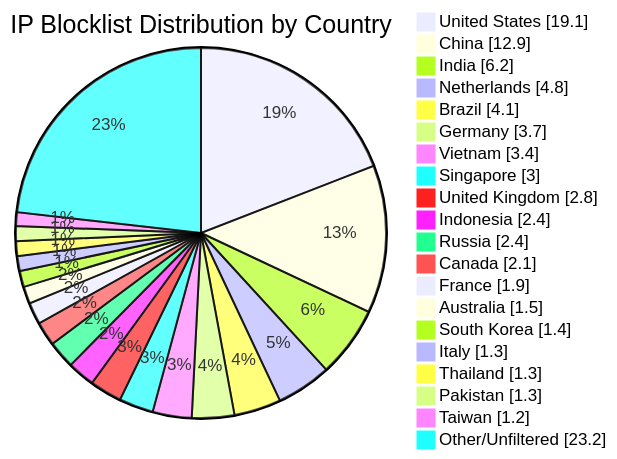
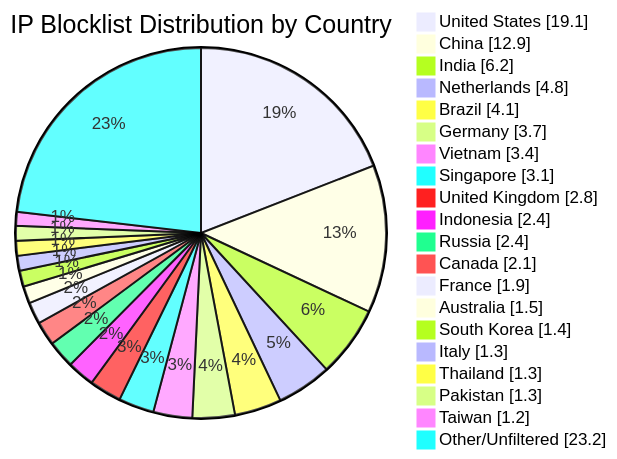
One commit to dewdmadbro/ip-blocklist-dewd changed the diagram in README.md. Above: the diagram before and after it, drawn with Mermaid. The commit also changed other lines of this file and 53 other files, not shown here.

````diff
--- a/README.md
+++ b/README.md
@@ -34,23 +34,23 @@
 ```mermaid
 pie showData title IP Blocklist Distribution by Country
 "United States" : 19.1
 "China" : 12.9
 "India" : 6.2
 "Netherlands" : 4.8
 "Brazil" : 4.1
 "Germany" : 3.7
 "Vietnam" : 3.4
-"Singapore" : 3.0
+"Singapore" : 3.1
 "United Kingdom" : 2.8
 "Indonesia" : 2.4
 "Russia" : 2.4
 "Canada" : 2.1
 "France" : 1.9
 "Australia" : 1.5
 "South Korea" : 1.4
 "Italy" : 1.3
 "Thailand" : 1.3
 "Pakistan" : 1.3
 "Taiwan" : 1.2
 "Other/Unfiltered" : 23.2
 ```
````
